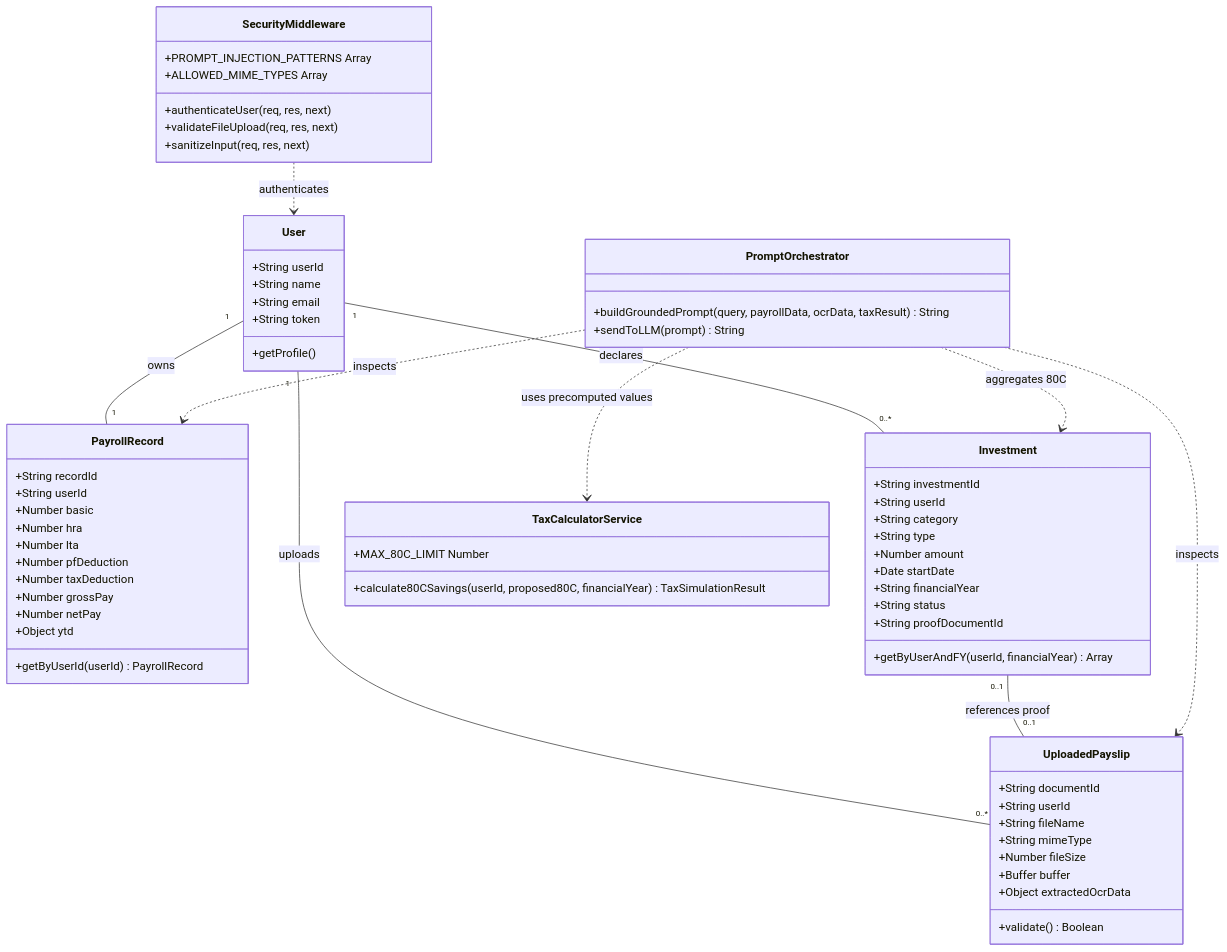
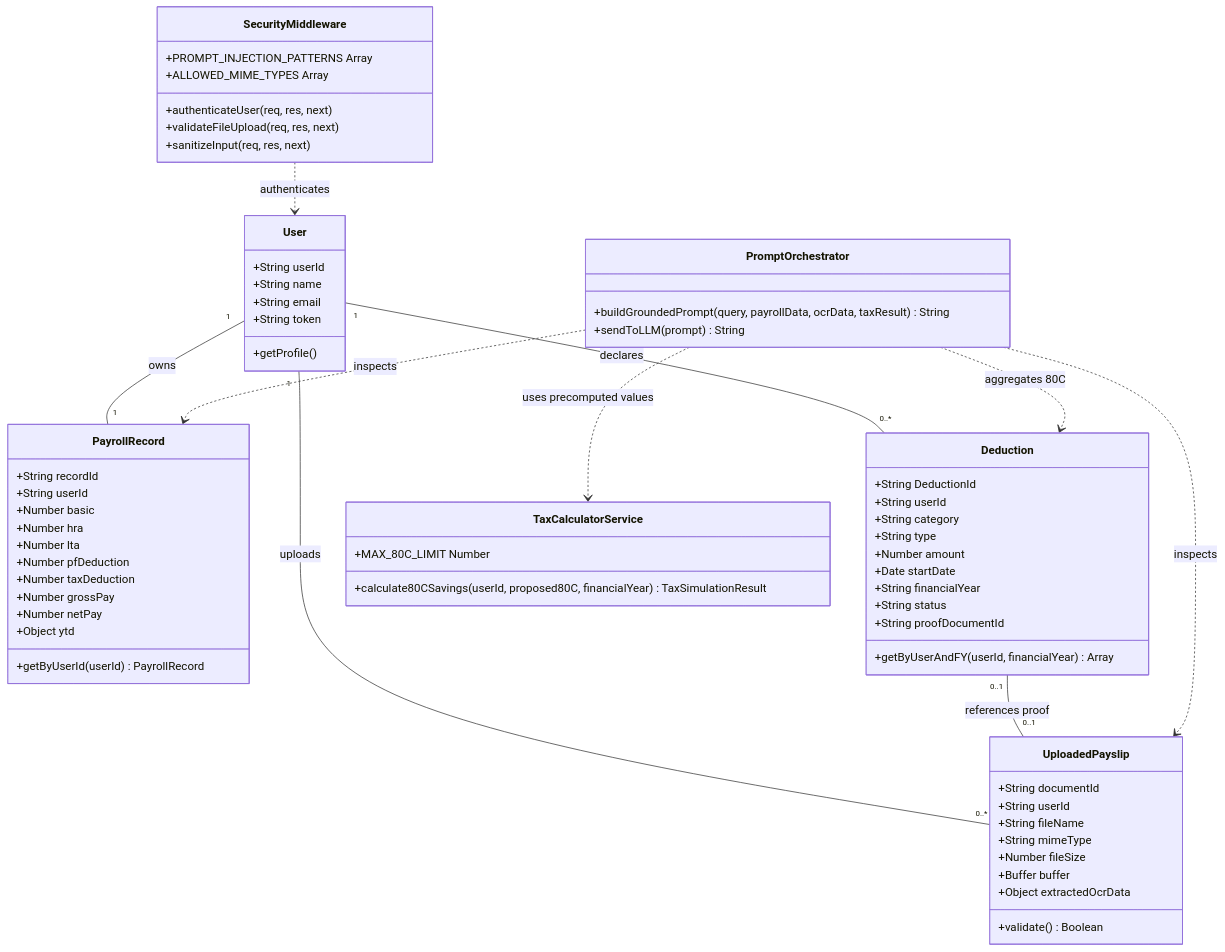
One commit to himanshuanand05-works/biz2x_Sep changed the diagram in docs/lld.md. Above: the diagram before and after it, drawn with Mermaid. The commit also changed other lines of this file and 5 other files, not shown here.

Commit message:
Added the server setup and improved design doc - renamed ach to architecture.md - added hld and database as future addition - updated lld(more changes coming in future) - added env file to store tokens

````diff
--- a/docs/lld.md
+++ b/docs/lld.md
@@ -15,76 +9,76 @@
 ```mermaid
 classDiagram
     class User {
         +String userId
         +String name
         +String email
         +String token
         +getProfile()
     }
 
     class PayrollRecord {
         +String recordId
         +String userId
         +Number basic
         +Number hra
         +Number lta
         +Number pfDeduction
         +Number taxDeduction
         +Number grossPay
         +Number netPay
         +Object ytd
         +getByUserId(userId) PayrollRecord
     }
 
-    class Investment {
-        +String investmentId
+    class Deduction {
+        +String DeductionId
         +String userId
         +String category
         +String type
         +Number amount
         +Date startDate
         +String financialYear
         +String status
         +String proofDocumentId
         +getByUserAndFY(userId, financialYear) Array
     }
 
     class UploadedPayslip {
         +String documentId
         +String userId
         +String fileName
         +String mimeType
         +Number fileSize
         +Buffer buffer
         +Object extractedOcrData
         +validate() Boolean
     }
 
     class TaxCalculatorService {
         +MAX_80C_LIMIT Number
         +calculate80CSavings(userId, proposed80C, financialYear) TaxSimulationResult
     }
 
     class SecurityMiddleware {
         +PROMPT_INJECTION_PATTERNS Array
         +ALLOWED_MIME_TYPES Array
         +authenticateUser(req, res, next)
         +validateFileUpload(req, res, next)
         +sanitizeInput(req, res, next)
     }
 
     class PromptOrchestrator {
         +buildGroundedPrompt(query, payrollData, ocrData, taxResult) String
         +sendToLLM(prompt) String
     }
 
     User "1" -- "1" PayrollRecord : owns
-    User "1" -- "0..*" Investment : declares
+    User "1" -- "0..*" Deduction : declares
     User "1" -- "0..*" UploadedPayslip : uploads
-    Investment "0..1" -- "0..1" UploadedPayslip : references proof
+    Deduction "0..1" -- "0..1" UploadedPayslip : references proof
     SecurityMiddleware ..> User : authenticates
     PromptOrchestrator ..> PayrollRecord : inspects
-    PromptOrchestrator ..> Investment : aggregates 80C
+    PromptOrchestrator ..> Deduction : aggregates 80C
     PromptOrchestrator ..> UploadedPayslip : inspects
     PromptOrchestrator ..> TaxCalculatorService : uses precomputed values
 ```
````
